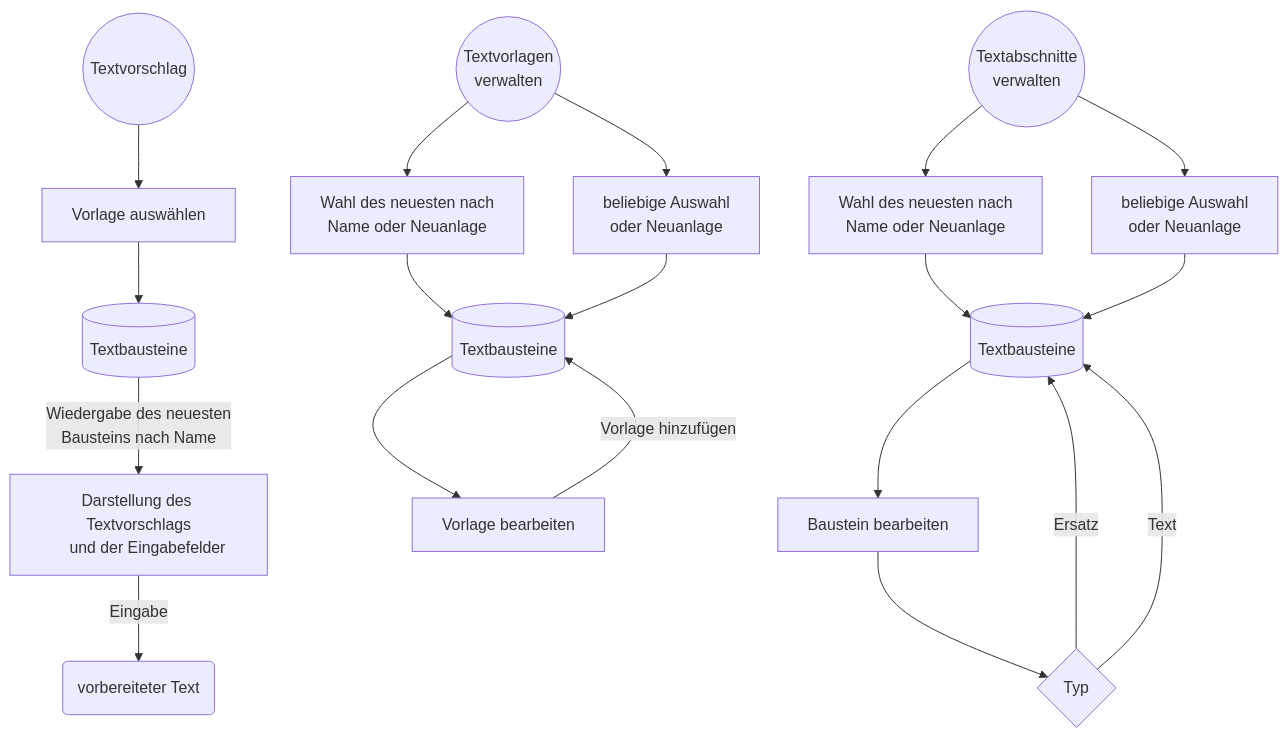
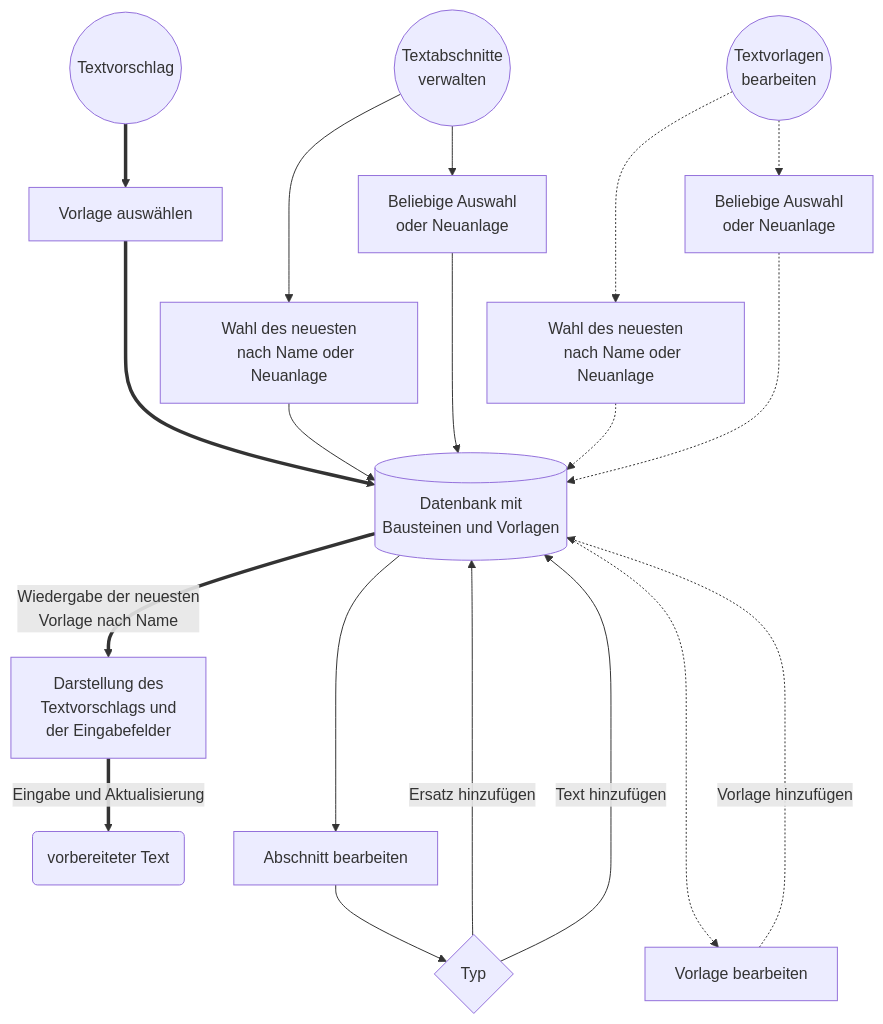
The second of 7 diagrams in readme.de.md (erroronline1/caro), drawn with Mermaid before and after one commit. The commit also changed other lines of this file and 1 other file, not shown here.

Commit message:
flowcharts updates

````diff
--- a/readme.de.md
+++ b/readme.de.md
@@ -371,31 +370,33 @@
 ```mermaid
 graph TD;
-    textrecommendation(("Textvorschlag")) -->select[Vorlage auswählen];
-    select -->chunks[(Textbausteine)];
-    chunks-->|"Wiedergabe des neuesten
-    Bausteins nach Name"|display["Darstellung des Textvorschlags
-    und der Eingabefelder"];
-    display -->|Eingabe|render(vorbereiteter Text);
+    textrecommendation(("Textvorschlag"))==>select[Vorlage auswählen];
+    select===>chunks[("Datenbank mit
+    Bausteinen und Vorlagen")];
+    chunks==>|"Wiedergabe der neuesten
+    Vorlage nach Name"|display["Darstellung des
+    Textvorschlags und
+    der Eingabefelder"];
+    display==>|Eingabe und Aktualisierung|render(vorbereiteter Text);
 
     managechunks(("Textabschnitte
-    verwalten")) -->select2["Wahl des neuesten nach
-    Name oder Neuanlage"];
-    managechunks-->select3["beliebige Auswahl
+    verwalten"))--->select2["Wahl des neuesten
+    nach Name oder Neuanlage"];
+    managechunks-->select3["Beliebige Auswahl
     oder Neuanlage"];
-    select2-->chunks2[(Textbausteine)];
-    select3-->chunks2;
-    chunks2 -->editchunk[Baustein bearbeiten];
-    editchunk -->type{Typ};
-    type -->|Ersatz|chunks2;
-    type -->|Text|chunks2;
+    select2-->chunks;
+    select3--->chunks;
+    chunks--->editchunk[Abschnitt bearbeiten];
+    editchunk-->type{Typ};
+    type--->|"Ersatz hinzufügen"|chunks;
+    type-->|"Text hinzufügen"|chunks;
     
-    managetemplates(("Textvorlagen
-    verwalten")) -->select4["Wahl des neuesten nach
-    Name oder Neuanlage"];
-    managetemplates-->select5["beliebige Auswahl
+    managetemplate(("Textvorlagen
+    bearbeiten"))-..->select4["Wahl des neuesten
+    nach Name oder Neuanlage"];
+    managetemplate-.->select5["Beliebige Auswahl
     oder Neuanlage"];
-    select4-->chunks3[(Textbausteine)];
-    select5-->chunks3;
-    chunks3 -->edittemplate[Vorlage bearbeiten];
-    edittemplate -->|Vorlage hinzufügen|chunks3;
+    select4-.->chunks;
+    select5-..->chunks;
+    chunks-...->edittemplate[Vorlage bearbeiten];
+    edittemplate-.->|Vorlage hinzufügen|chunks;
 ```
````
